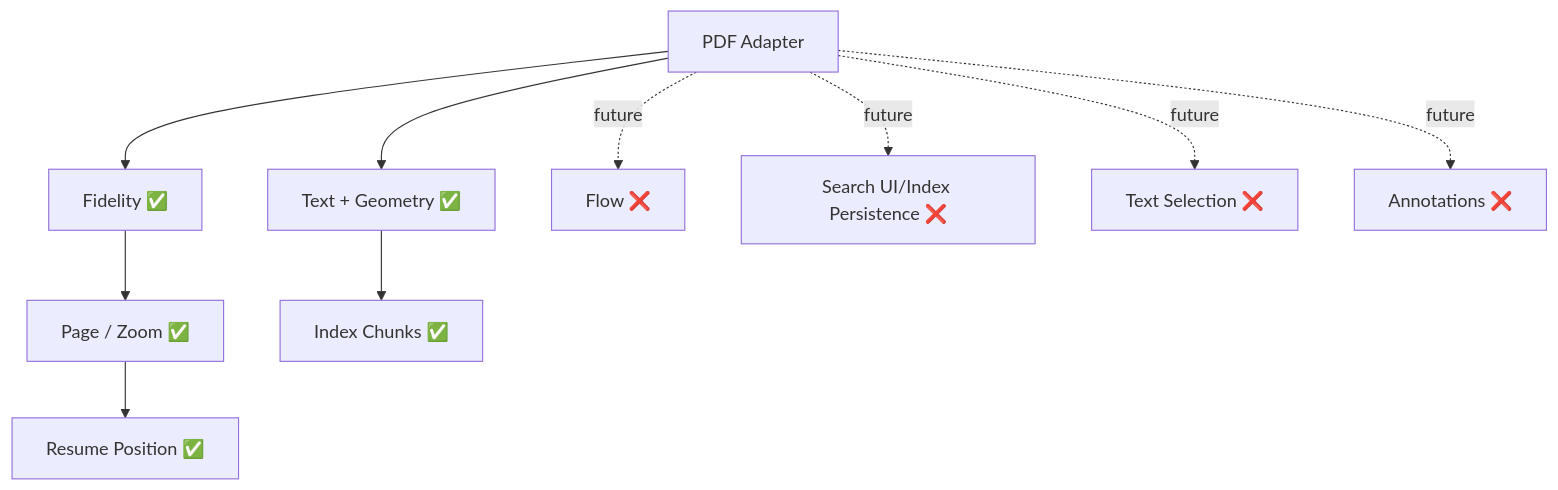
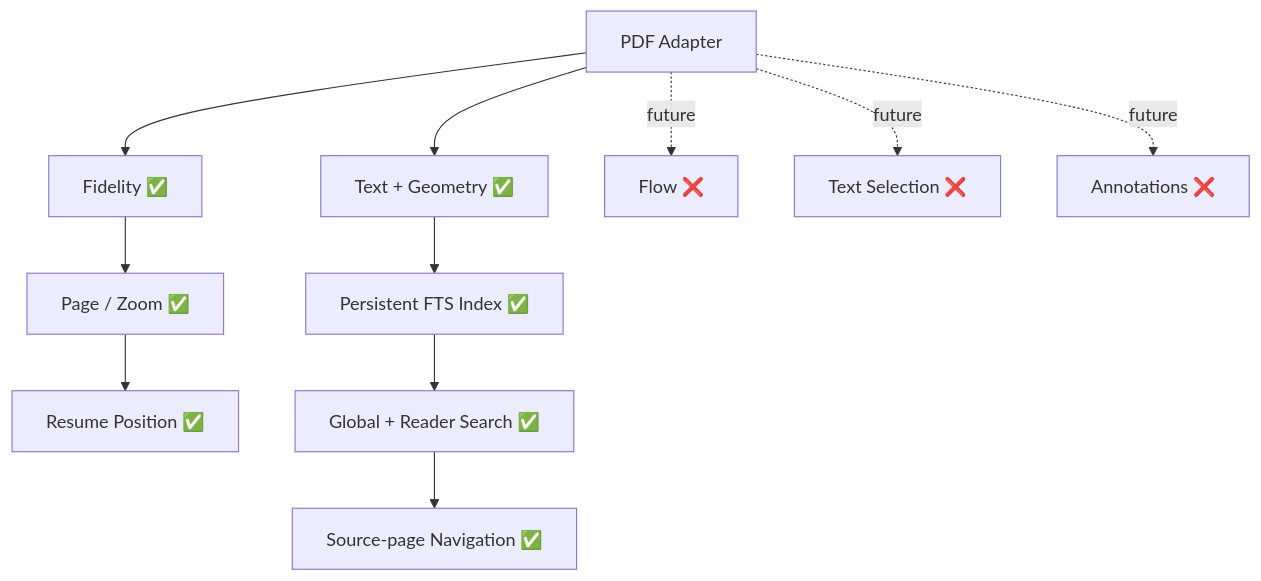
Before and after one commit to aaditya140103/kola: the seventh of 13 diagrams in docs/PROJECT_GRAPH.md, drawn with Mermaid. The commit also changed other lines of this file, not shown here.

Commit message:
Add persistent local search data flow

````diff
--- a/docs/PROJECT_GRAPH.md
+++ b/docs/PROJECT_GRAPH.md
@@ -104,20 +131,20 @@
 ```mermaid
 flowchart TD
     PDF[PDF Adapter]
     Fidelity[Fidelity ✅]
     Nav[Page / Zoom ✅]
     Resume[Resume Position ✅]
     Extract[Text + Geometry ✅]
-    Index[Index Chunks ✅]
+    Index[Persistent FTS Index ✅]
+    Search[Global + Reader Search ✅]
+    Jump[Source-page Navigation ✅]
     Flow[Flow ❌]
-    Search[Search UI/Index Persistence ❌]
     Select[Text Selection ❌]
     Annotate[Annotations ❌]
 
     PDF --> Fidelity --> Nav --> Resume
-    PDF --> Extract --> Index
+    PDF --> Extract --> Index --> Search --> Jump
     PDF -. future .-> Flow
-    PDF -. future .-> Search
     PDF -. future .-> Select
     PDF -. future .-> Annotate
 ```
````
